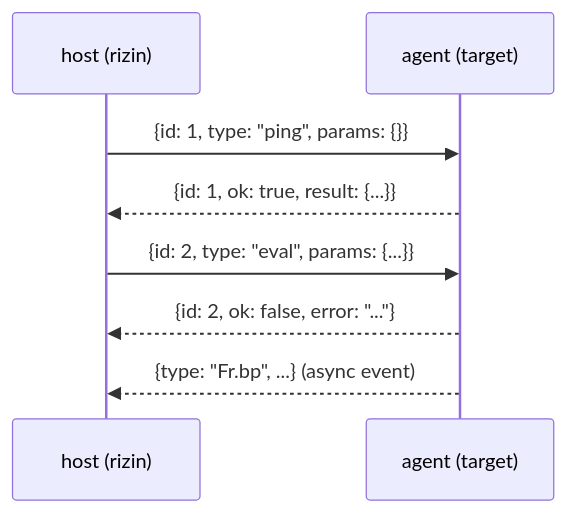
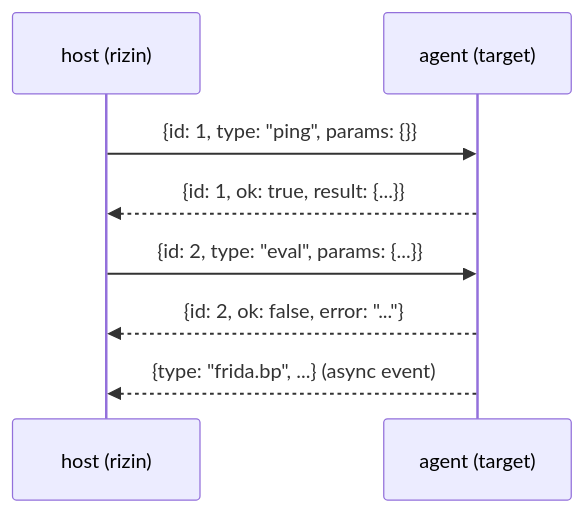
The third of 3 diagrams in docs/intro/how_it_works.qmd (rizinorg/rz-frida), drawn with Mermaid before and after one commit. The commit also changed other lines of this file and 29 other files, not shown here.

````diff
--- a/docs/intro/how_it_works.qmd
+++ b/docs/intro/how_it_works.qmd
@@ -83,10 +83,10 @@
 ```{mermaid}
 sequenceDiagram
     participant H as host (rizin)
     participant A as agent (target)
     H->>A: {id: 1, type: "ping", params: {}}
     A-->>H: {id: 1, ok: true, result: {...}}
     H->>A: {id: 2, type: "eval", params: {...}}
     A-->>H: {id: 2, ok: false, error: "..."}
-    A-->>H: {type: "Fr.bp", ...}  (async event)
+    A-->>H: {type: "frida.bp", ...}  (async event)
 ```
````
